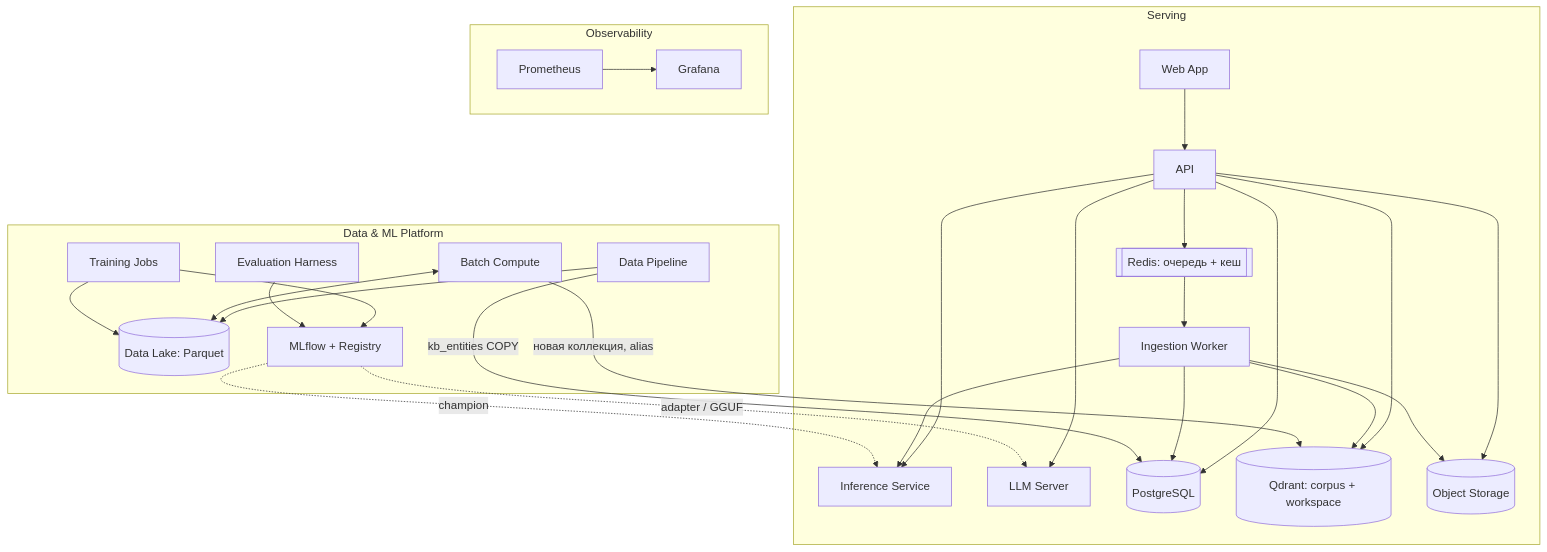
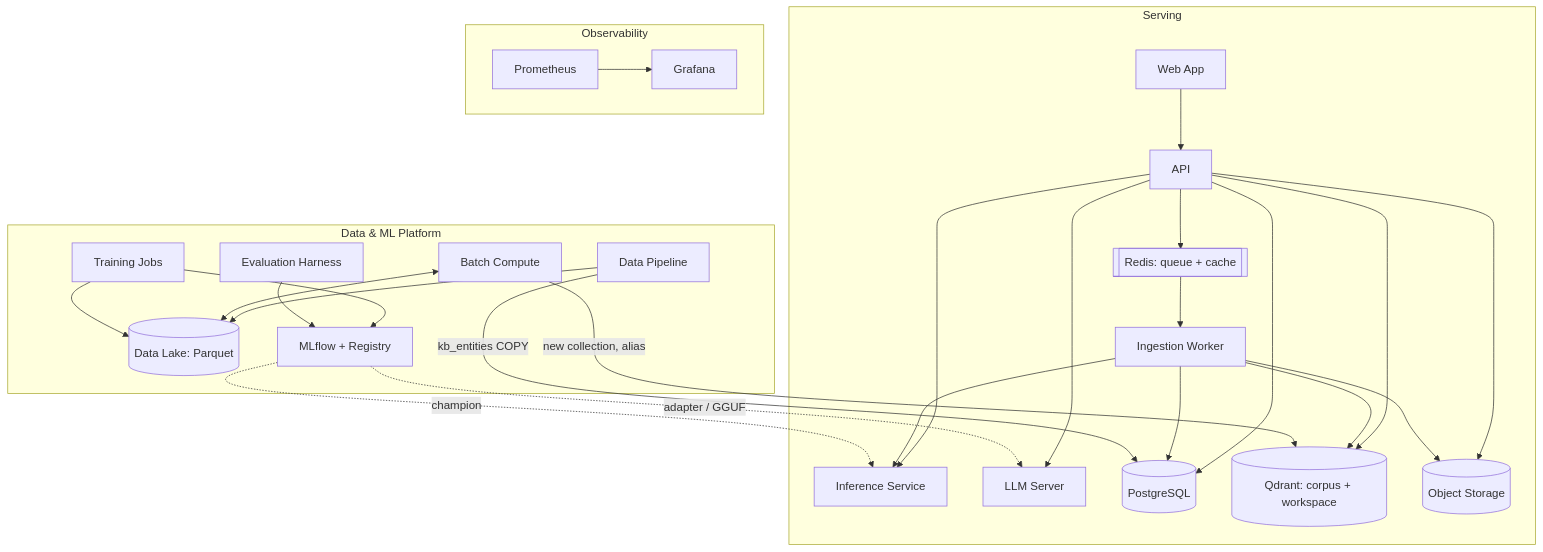
Before and after one commit to Nusultan11/TriFactAI: the second of 4 diagrams in docs/architecture/docs/01-architecture.md, drawn with Mermaid. The commit also changed other lines of this file and 30 other files, not shown here.

````diff
--- a/docs/architecture/docs/01-architecture.md
+++ b/docs/architecture/docs/01-architecture.md
@@ -79,26 +71,26 @@
 ```mermaid
 flowchart TB
     subgraph serving [Serving]
         WEB[Web App] --> API[API]
-        API --> RD[[Redis: очередь + кеш]]
+        API --> RD[[Redis: queue + cache]]
         RD --> WRK[Ingestion Worker]
         API & WRK --> INF[Inference Service]
         API --> LLM[LLM Server]
         API & WRK --> PG[(PostgreSQL)]
         API & WRK --> QD[(Qdrant: corpus + workspace)]
         API & WRK --> S3[(Object Storage)]
     end
     subgraph ml [Data & ML Platform]
         DP[Data Pipeline] --> DL[(Data Lake: Parquet)]
         BC[Batch Compute] <--> DL
         TR[Training Jobs] --> DL
         TR & EV[Evaluation Harness] --> MLF[MLflow + Registry]
-        BC -->|новая коллекция, alias| QD
+        BC -->|new collection, alias| QD
         DP -->|kb_entities COPY| PG
     end
     MLF -. champion .-> INF
     MLF -. adapter / GGUF .-> LLM
     subgraph obs [Observability]
         PR[Prometheus] --> GR[Grafana]
     end
 ```
````
